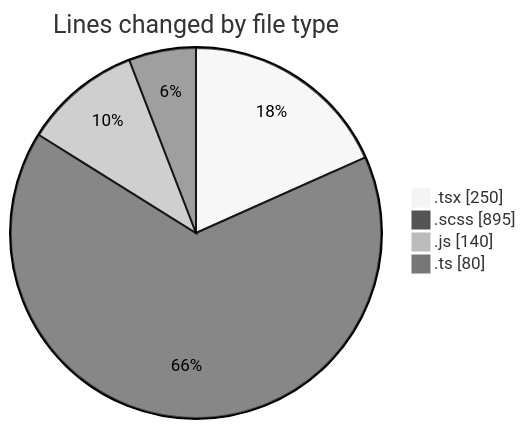
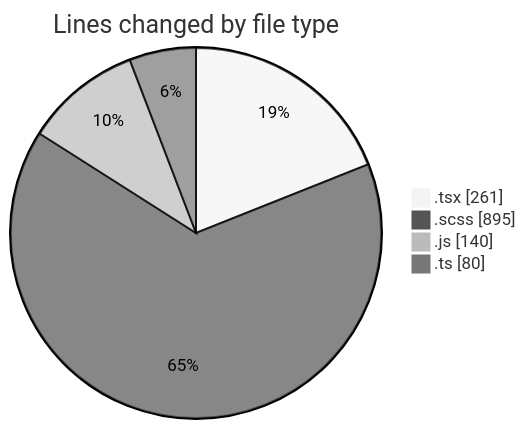
The first of 2 diagrams in 2026-03-25/cda/README.md (momahboobian/code-tracking), drawn with Mermaid (neutral theme) before and after one commit. The commit also changed other lines of this file and 1 other file, not shown here.

````diff
--- a/2026-03-25/cda/README.md
+++ b/2026-03-25/cda/README.md
@@ -23,8 +23,8 @@
 ```mermaid
 pie showData
 title Lines changed by file type
-".tsx" : 250
+".tsx" : 261
 ".scss" : 895
 ".js" : 140
 ".ts" : 80
 ```
````
